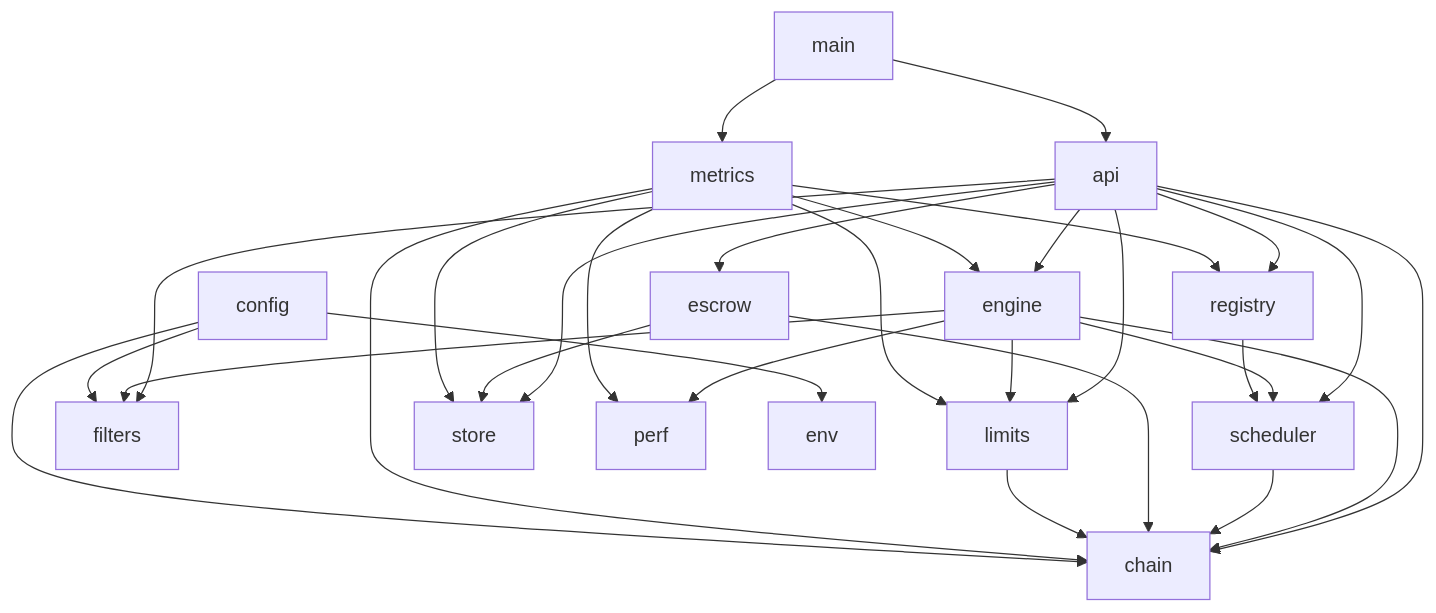
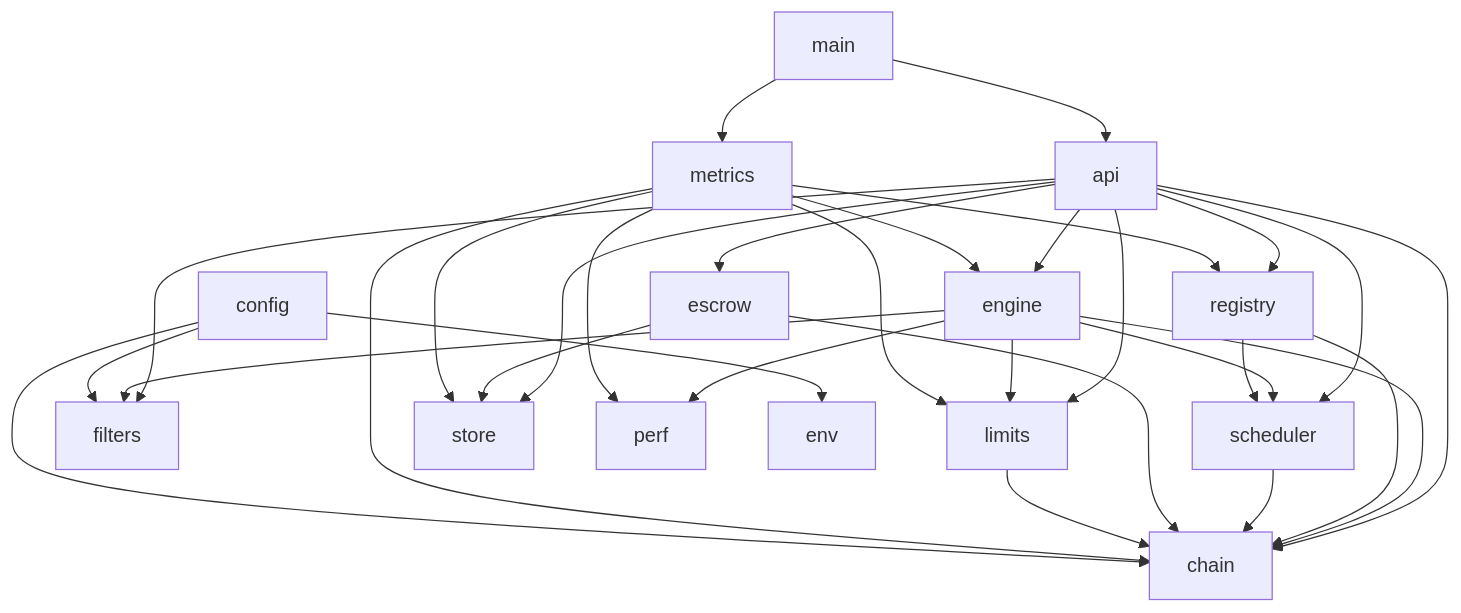
One commit to qdanik/gonka changed the diagram in devshard/cmd/gateway/docs/gateway-architecture.md. Above: the diagram before and after it, drawn with Mermaid. The commit also changed other lines of this file and 56 other files, not shown here.

````diff
--- a/devshard/cmd/gateway/docs/gateway-architecture.md
+++ b/devshard/cmd/gateway/docs/gateway-architecture.md
@@ -47,32 +47,33 @@
 ```mermaid
 graph TD
     main --> api
     main --> metrics
     api --> engine
     api --> scheduler
     api --> registry
     api --> escrow
     api --> filters
     api --> limits
     api --> store
     api --> chain
     engine --> scheduler
     engine --> limits
     engine --> perf
     engine --> filters
     engine --> chain
     registry --> scheduler
+    registry --> chain
     scheduler --> chain
     escrow --> chain
     escrow --> store
     limits --> chain
     metrics --> engine
     metrics --> limits
     metrics --> perf
     metrics --> registry
     metrics --> chain
     metrics --> store
     config --> env
     config --> chain
     config --> filters
 ```
````
